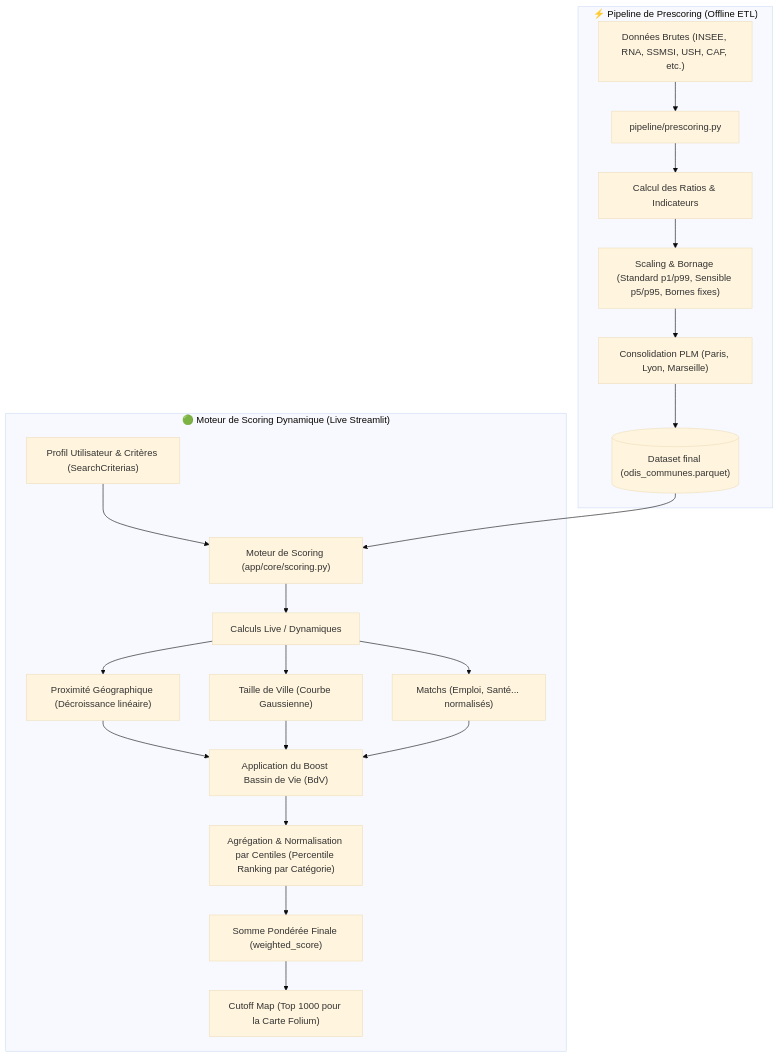
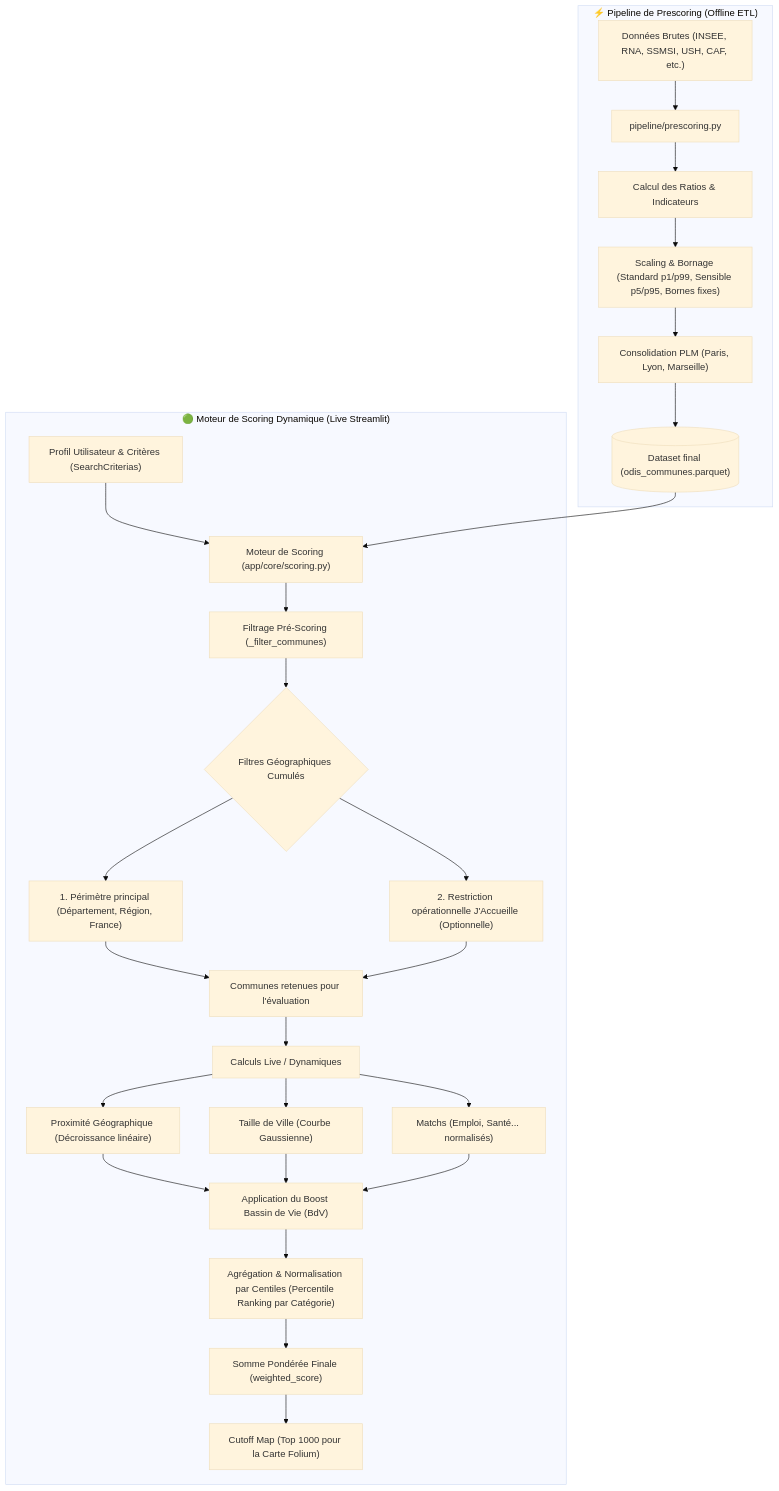
One commit to jbesan/13_odis_stream2 changed the diagram in SCORING.md. Above: the diagram before and after it, drawn with Mermaid (base theme). The commit also changed other lines of this file and 12 other files, not shown here.

````diff
--- a/SCORING.md
+++ b/SCORING.md
@@ -15,34 +15,43 @@
 ```mermaid
 graph TD
     %% Offline Pipeline (Pre-scoring)
     subgraph Offline ["⚡ Pipeline de Prescoring (Offline ETL)"]
         A["Données Brutes (INSEE, RNA, SSMSI, USH, CAF, etc.)"] --> B["pipeline/prescoring.py"]
         B --> C["Calcul des Ratios & Indicateurs"]
         C --> D["Scaling & Bornage (Standard p1/p99, Sensible p5/p95, Bornes fixes)"]
         D --> E["Consolidation PLM (Paris, Lyon, Marseille)"]
         E --> F[("Dataset final (odis_communes.parquet)")]
     end
 
     %% Online Engine (Live-scoring)
     subgraph Online ["🟢 Moteur de Scoring Dynamique (Live Streamlit)"]
         G["Profil Utilisateur & Critères (SearchCriterias)"] --> H["Moteur de Scoring (app/core/scoring.py)"]
         F --> H
         
+        %% Filtering
+        H --> H1["Filtrage Pré-Scoring (_filter_communes)"]
+        H1 --> H2{"Filtres Géographiques Cumulés"}
+        
+        %% Geographic filters
+        H2 --> H2a["1. Périmètre principal (Département, Région, France)"]
+        H2 --> H2b["2. Restriction opérationnelle J'Accueille (Optionnelle)"]
+        
+        H2a & H2b --> H3["Communes retenues pour l'évaluation"]
+        
         %% Dynamic Calculations
-        H --> I["Calculs Live / Dynamiques"]
+        H3 --> I["Calculs Live / Dynamiques"]
         I --> I3["Matchs (Emploi, Santé... normalisés)"]
         I --> I1["Proximité Géographique (Décroissance linéaire)"]
         I --> I2["Taille de Ville (Courbe Gaussienne)"]
-        
         
         %% BdV Boost
         I1 & I2 & I3 --> J["Application du Boost Bassin de Vie (BdV)"]
         
         %% Category aggregation & Percentile normalisation
         J --> K["Agrégation & Normalisation par Centiles (Percentile Ranking par Catégorie)"]
         
         %% Weighted Sum & Map limit
         K --> L["Somme Pondérée Finale (weighted_score)"]
         L --> M["Cutoff Map (Top 1000 pour la Carte Folium)"]
     end
 ```
````
